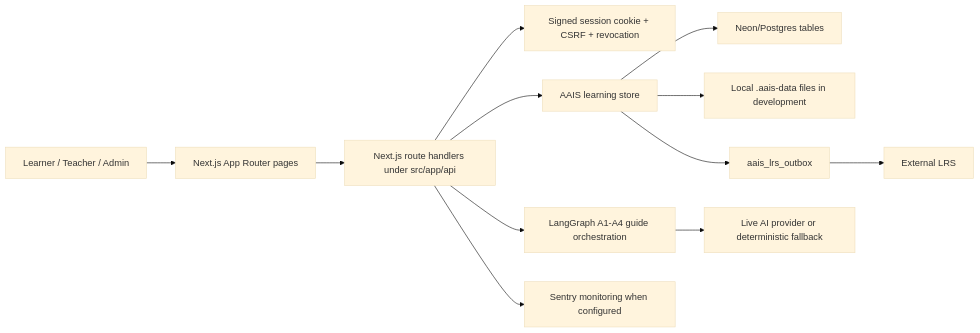
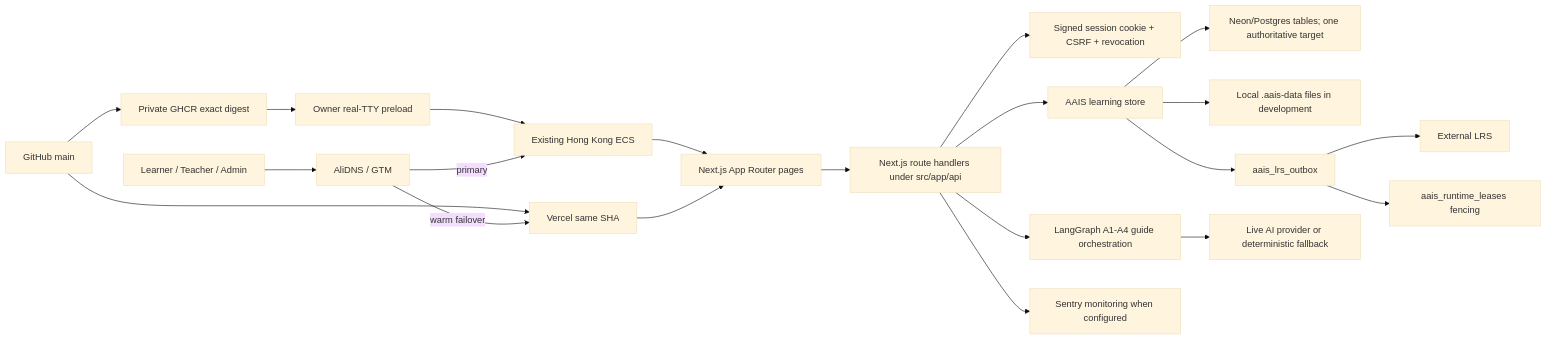
The diagram in ARCHITECTURE.md (HUDongpin/AAIS), drawn with Mermaid (base theme) before and after one commit. The commit also changed other lines of this file and 76 other files, not shown here.

Commit message:
feat: deploy AAIS on existing Aliyun ECS with Neon warm backup

````diff
--- a/ARCHITECTURE.md
+++ b/ARCHITECTURE.md
@@ -13,14 +19,23 @@
 ```mermaid
 flowchart LR
-  User["Learner / Teacher / Admin"] --> Pages["Next.js App Router pages"]
+  GitHub["GitHub main"] --> Vercel["Vercel same SHA"]
+  GitHub --> GHCR["Private GHCR exact digest"]
+  GHCR --> Preload["Owner real-TTY preload"]
+  Preload --> Aliyun["Existing Hong Kong ECS"]
+  User["Learner / Teacher / Admin"] --> GTM["AliDNS / GTM"]
+  GTM -->|"primary"| Aliyun
+  GTM -->|"warm failover"| Vercel
+  Aliyun --> Pages["Next.js App Router pages"]
+  Vercel --> Pages
   Pages --> Api["Next.js route handlers under src/app/api"]
   Api --> Auth["Signed session cookie + CSRF + revocation"]
   Api --> Store["AAIS learning store"]
-  Store --> Postgres["Neon/Postgres tables"]
+  Store --> Postgres["Neon/Postgres tables; one authoritative target"]
   Store --> LocalFiles["Local .aais-data files in development"]
   Store --> LrsOutbox["aais_lrs_outbox"]
   LrsOutbox --> ExternalLrs["External LRS"]
+  LrsOutbox --> Lease["aais_runtime_leases fencing"]
   Api --> GuideGraph["LangGraph A1-A4 guide orchestration"]
   GuideGraph --> Provider["Live AI provider or deterministic fallback"]
   Api --> Sentry["Sentry monitoring when configured"]
 ```
````
